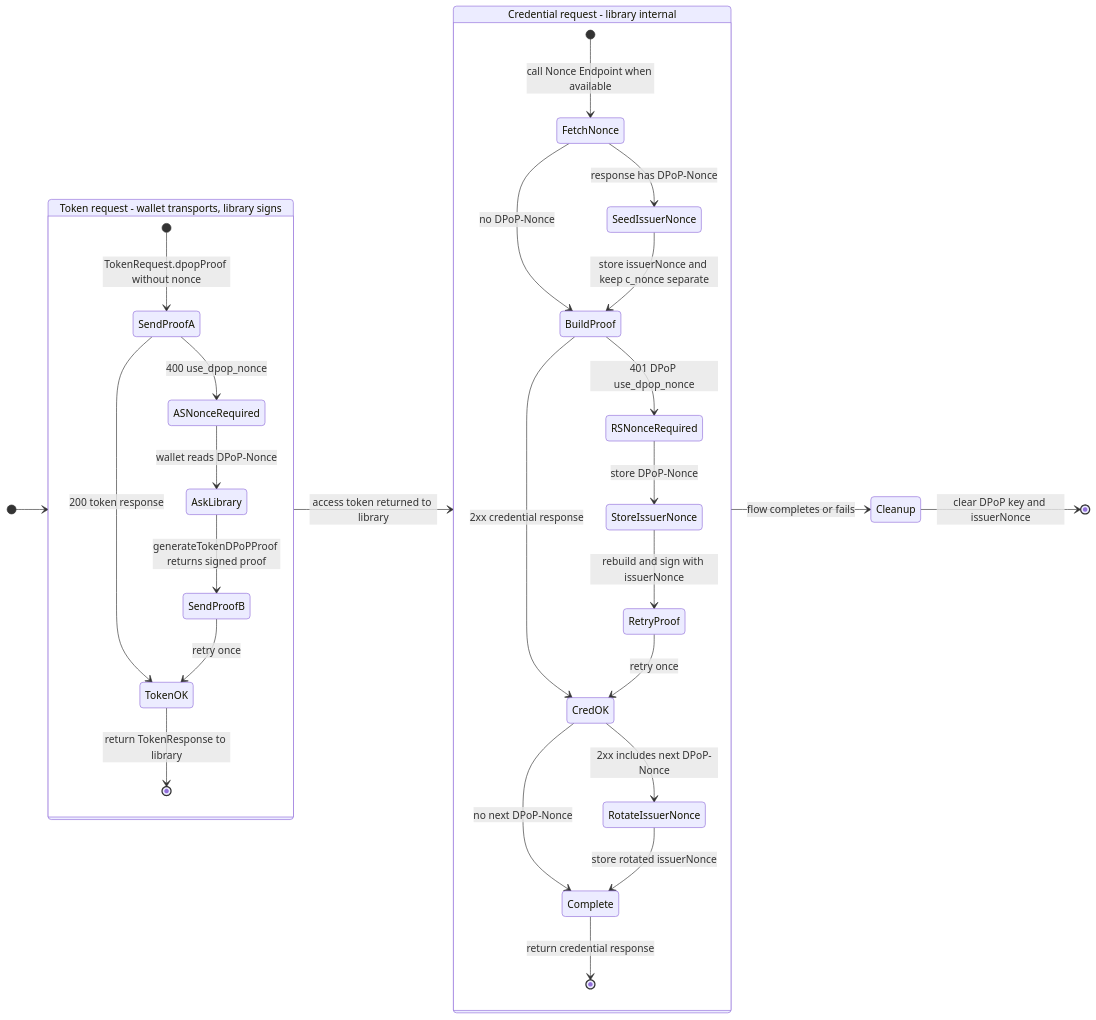
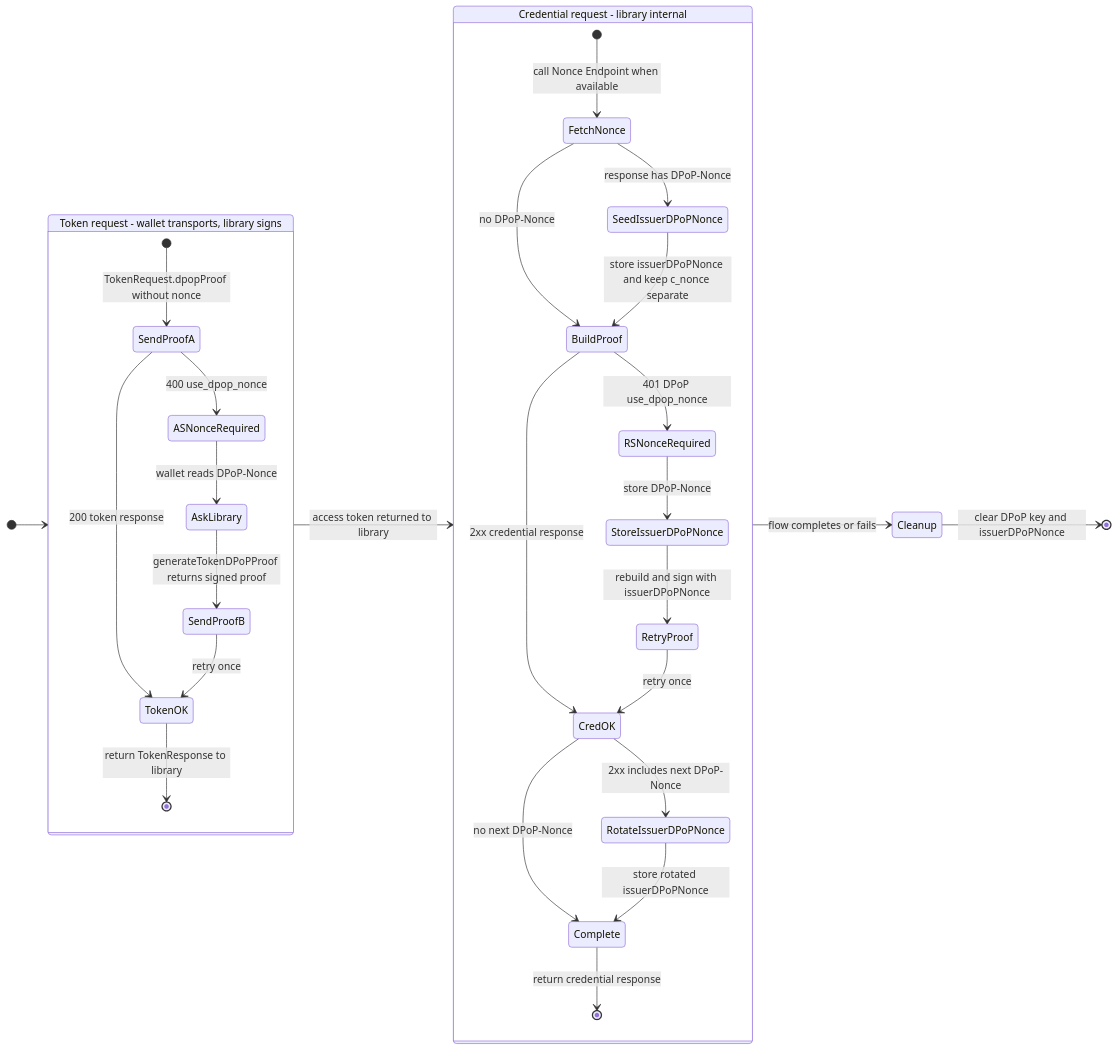
Before and after one commit to inji/inji-wallet: the sixth of 9 diagrams in docs/dpop-support.md, drawn with Mermaid. The commit also changed other lines of this file, not shown here.

First line of the commit message:
docs(dpop): clarify nonce naming and token endpoint boundary

````diff
--- a/docs/dpop-support.md
+++ b/docs/dpop-support.md
@@ -287,35 +287,35 @@
 ```mermaid
 stateDiagram-v2
   direction LR
 
   state "Token request - wallet transports, library signs" as TR {
     [*] --> SendProofA : TokenRequest.dpopProof without nonce
     SendProofA --> TokenOK : 200 token response
     SendProofA --> ASNonceRequired : 400 use_dpop_nonce
     ASNonceRequired --> AskLibrary : wallet reads DPoP-Nonce
     AskLibrary --> SendProofB : generateTokenDPoPProof returns signed proof
     SendProofB --> TokenOK : retry once
     TokenOK --> [*] : return TokenResponse to library
   }
 
   state "Credential request - library internal" as CR {
     [*] --> FetchNonce : call Nonce Endpoint when available
-    FetchNonce --> SeedIssuerNonce : response has DPoP-Nonce
+    FetchNonce --> SeedIssuerDPoPNonce : response has DPoP-Nonce
     FetchNonce --> BuildProof : no DPoP-Nonce
-    SeedIssuerNonce --> BuildProof : store issuerNonce and keep c_nonce separate
+    SeedIssuerDPoPNonce --> BuildProof : store issuerDPoPNonce and keep c_nonce separate
     BuildProof --> CredOK : 2xx credential response
     BuildProof --> RSNonceRequired : 401 DPoP use_dpop_nonce
-    RSNonceRequired --> StoreIssuerNonce : store DPoP-Nonce
-    StoreIssuerNonce --> RetryProof : rebuild and sign with issuerNonce
+    RSNonceRequired --> StoreIssuerDPoPNonce : store DPoP-Nonce
+    StoreIssuerDPoPNonce --> RetryProof : rebuild and sign with issuerDPoPNonce
     RetryProof --> CredOK : retry once
-    CredOK --> RotateIssuerNonce : 2xx includes next DPoP-Nonce
+    CredOK --> RotateIssuerDPoPNonce : 2xx includes next DPoP-Nonce
     CredOK --> Complete : no next DPoP-Nonce
-    RotateIssuerNonce --> Complete : store rotated issuerNonce
+    RotateIssuerDPoPNonce --> Complete : store rotated issuerDPoPNonce
     Complete --> [*] : return credential response
   }
 
   [*] --> TR
   TR --> CR : access token returned to library
   CR --> Cleanup : flow completes or fails
-  Cleanup --> [*] : clear DPoP key and issuerNonce
+  Cleanup --> [*] : clear DPoP key and issuerDPoPNonce
 ```
````
